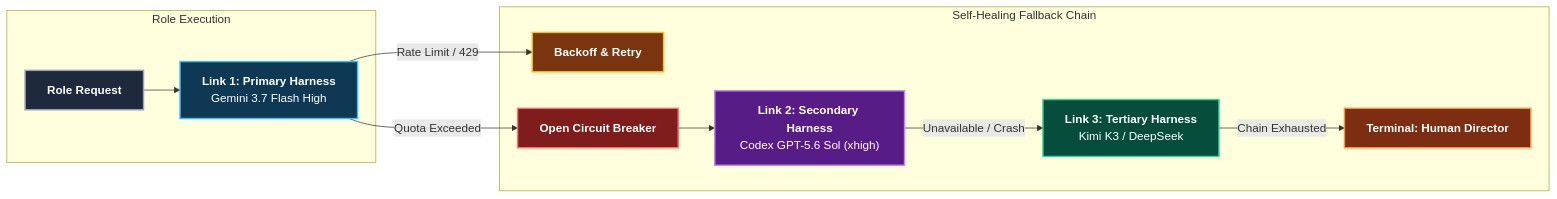
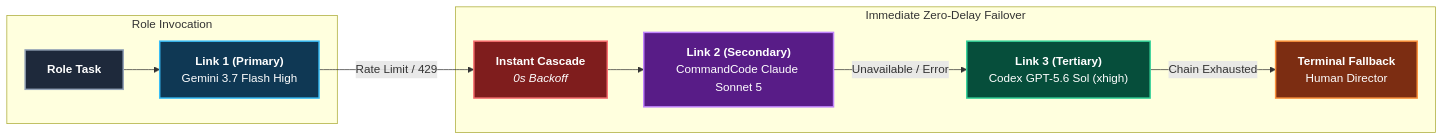
One commit to jhiver/gauntlet changed the second of 3 diagrams in README.md. Above: the diagram before and after it, drawn with Mermaid. The commit also changed other lines of this file and 5 other files, not shown here.

Commit message:
docs: document all harnesses, mix-and-match configurations, and configure zero-delay immediate failover

````diff
--- a/README.md
+++ b/README.md
@@ -83,22 +112,20 @@
 ```mermaid
 flowchart LR
-    subgraph Role Execution
-        R["<b>Role Request</b>"] --> H1["<b>Link 1: Primary Harness</b><br>Gemini 3.7 Flash High"]
+    subgraph Role Invocation
+        R["<b>Role Task</b>"] --> H1["<b>Link 1 (Primary)</b><br>Gemini 3.7 Flash High"]
     end
 
-    subgraph Self-Healing Fallback Chain
-        H1 -->|Rate Limit / 429| B1["<b>Backoff & Retry</b>"]
-        H1 -->|Quota Exceeded| CB1["<b>Open Circuit Breaker</b>"]
-        CB1 --> H2["<b>Link 2: Secondary Harness</b><br>Codex GPT-5.6 Sol (xhigh)"]
-        H2 -->|Unavailable / Crash| H3["<b>Link 3: Tertiary Harness</b><br>Kimi K3 / DeepSeek"]
-        H3 -->|Chain Exhausted| H4["<b>Terminal: Human Director</b>"]
+    subgraph Immediate Zero-Delay Failover
+        H1 -->|"Rate Limit / 429"| CB1["<b>Instant Cascade</b><br><i>0s Backoff</i>"]
+        CB1 --> H2["<b>Link 2 (Secondary)</b><br>CommandCode Claude Sonnet 5"]
+        H2 -->|"Unavailable / Error"| H3["<b>Link 3 (Tertiary)</b><br>Codex GPT-5.6 Sol (xhigh)"]
+        H3 -->|"Chain Exhausted"| H4["<b>Terminal Fallback</b><br>Human Director"]
     end
 
     style R fill:#1e293b,stroke:#94a3b8,stroke-width:2px,color:#ffffff
     style H1 fill:#0f3854,stroke:#38bdf8,stroke-width:2px,color:#ffffff
-    style B1 fill:#78350f,stroke:#fbbf24,stroke-width:2px,color:#ffffff
     style CB1 fill:#7f1d1d,stroke:#f87171,stroke-width:2px,color:#ffffff
     style H2 fill:#581c87,stroke:#c084fc,stroke-width:2px,color:#ffffff
     style H3 fill:#064e3b,stroke:#34d399,stroke-width:2px,color:#ffffff
     style H4 fill:#7c2d12,stroke:#fb923c,stroke-width:2px,color:#ffffff
 ```
````
